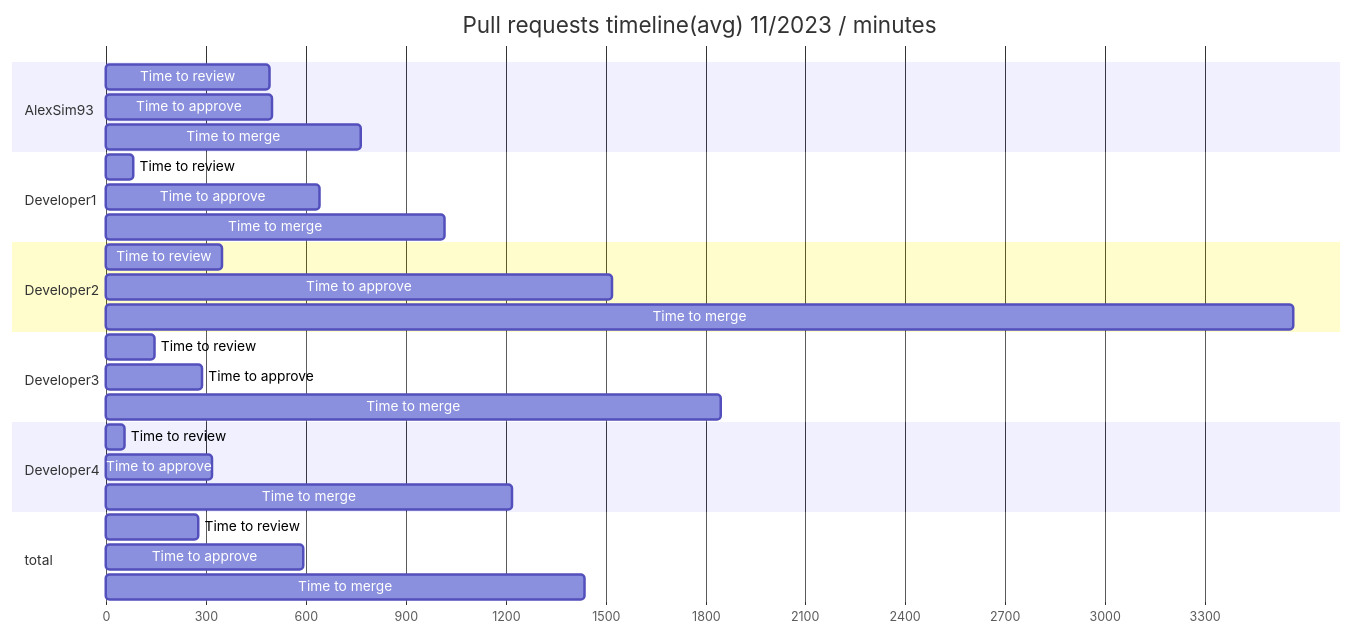
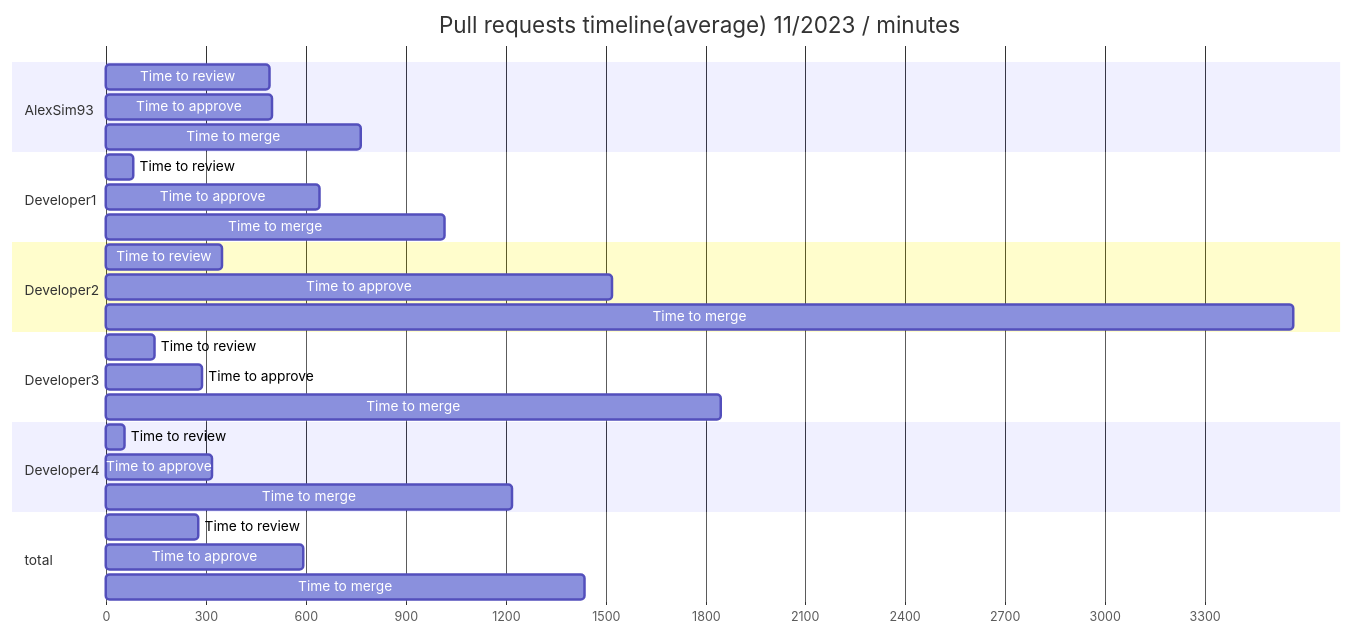
The fourth of 9 diagrams in examples/nPRsReport.md (AlexSim93/pull-request-analytics-action), drawn with Mermaid before and after one commit. The commit also changed other lines of this file and 12 other files, not shown here.

````diff
--- a/examples/nPRsReport.md
+++ b/examples/nPRsReport.md
@@ -136,36 +136,36 @@
 ```mermaid
 gantt
-title Pull requests timeline(avg) 11/2023 / minutes
+title Pull requests timeline(average) 11/2023 / minutes
 dateFormat X
 axisFormat %s
 section AlexSim93
                 Time to review :  0, 493
 Time to approve :  0, 499
 Time to merge :  0, 767
         
 section Developer1
                 Time to review :  0, 84
 Time to approve :  0, 641
 Time to merge :  0, 1016
         
 section Developer2
                 Time to review :  0, 348
 Time to approve :  0, 1521
 Time to merge :  0, 3566
         
 section Developer3
                 Time to review :  0, 146
 Time to approve :  0, 290
 Time to merge :  0, 1846
         
 section Developer4
                 Time to review :  0, 55
 Time to approve :  0, 320
 Time to merge :  0, 1221
         
 section total
                 Time to review :  0, 278
 Time to approve :  0, 593
 Time to merge :  0, 1437
         
 ```
````
